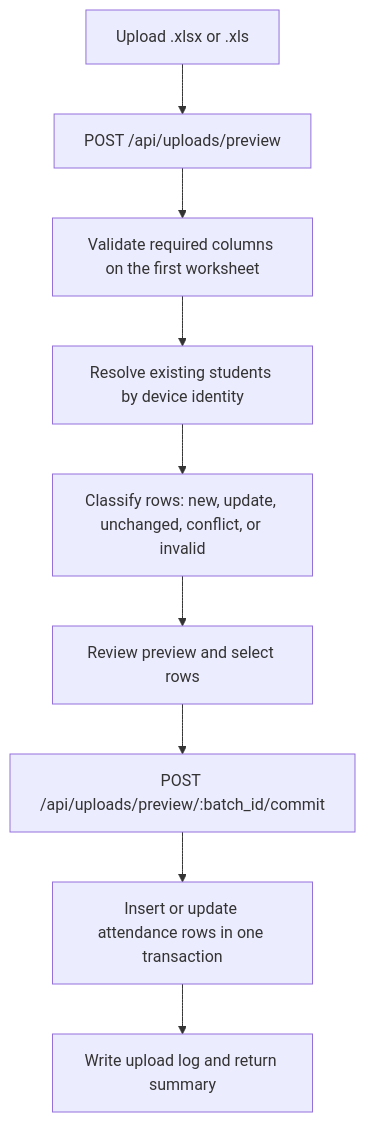
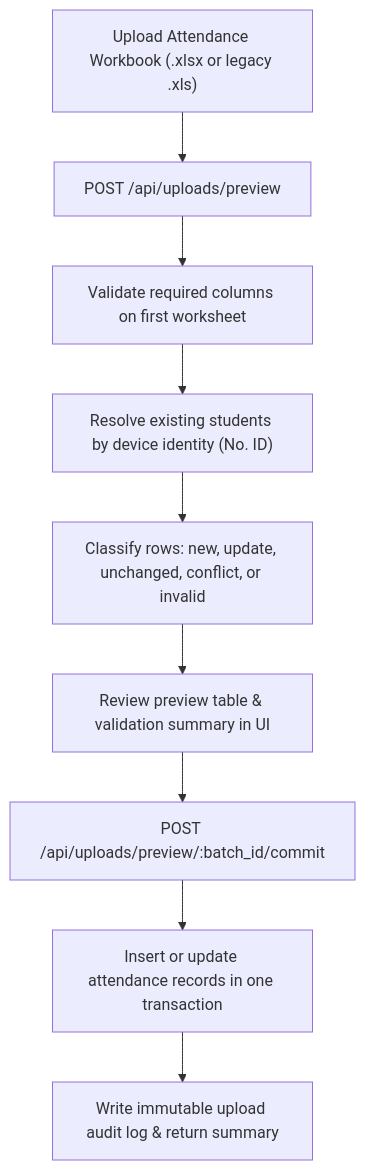
The second of 3 diagrams in README.md (daoistmadness/operatoros), drawn with Mermaid before and after one commit. The commit also changed other lines of this file, not shown here.

````diff
--- a/README.md
+++ b/README.md
@@ -360,11 +105,11 @@
 ```mermaid
 flowchart TD
-  A["Upload .xlsx or .xls"] --> B["POST /api/uploads/preview"]
-  B --> C["Validate required columns on the first worksheet"]
-  C --> D["Resolve existing students by device identity"]
+  A["Upload Attendance Workbook (.xlsx or legacy .xls)"] --> B["POST /api/uploads/preview"]
+  B --> C["Validate required columns on first worksheet"]
+  C --> D["Resolve existing students by device identity (No. ID)"]
   D --> E["Classify rows: new, update, unchanged, conflict, or invalid"]
-  E --> F["Review preview and select rows"]
+  E --> F["Review preview table & validation summary in UI"]
   F --> G["POST /api/uploads/preview/:batch_id/commit"]
-  G --> H["Insert or update attendance rows in one transaction"]
-  H --> I["Write upload log and return summary"]
+  G --> H["Insert or update attendance records in one transaction"]
+  H --> I["Write immutable upload audit log & return summary"]
 ```
````
